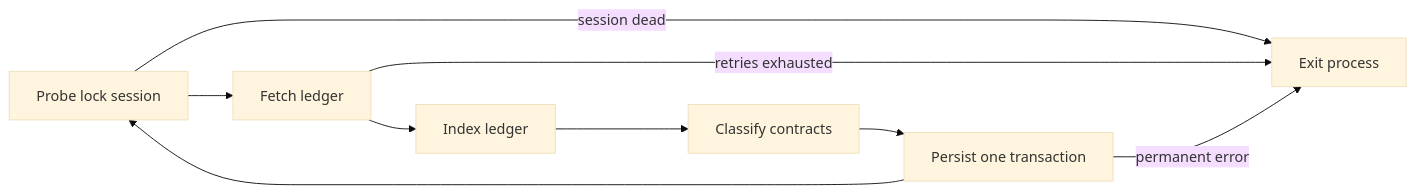
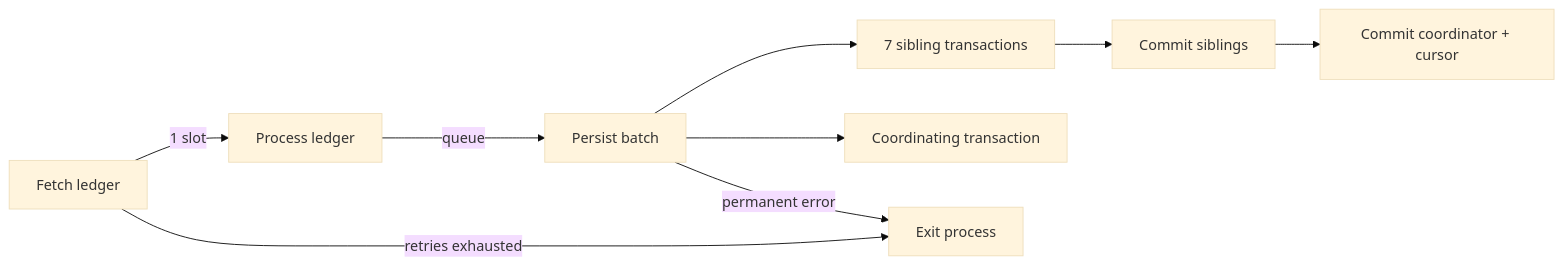
Before and after one commit to stellar/wallet-backend: the first of 3 diagrams in docs/architecture/ingestion.md, drawn with Mermaid (base theme). The commit also changed other lines of this file and 5 other files, not shown here.

````diff
--- a/docs/architecture/ingestion.md
+++ b/docs/architecture/ingestion.md
@@ -42,11 +42,11 @@
 ```mermaid
 flowchart LR
-    Probe[Probe lock session] --> Fetch[Fetch ledger]
-    Fetch --> Index[Index ledger]
-    Index --> Classify[Classify contracts]
-    Classify --> Persist[Persist one transaction]
-    Persist --> Probe
-    Probe -->|session dead| Exit[Exit process]
-    Fetch -->|retries exhausted| Exit
-    Persist -->|permanent error| Exit
+    F[Fetch ledger] -->|1 slot| P[Process ledger]
+    P -->|queue| S[Persist batch]
+    S --> SB[7 sibling transactions]
+    S --> CO[Coordinating transaction]
+    SB --> C1[Commit siblings]
+    C1 --> C2[Commit coordinator + cursor]
+    F -->|retries exhausted| X[Exit process]
+    S -->|permanent error| X
 ```
````
